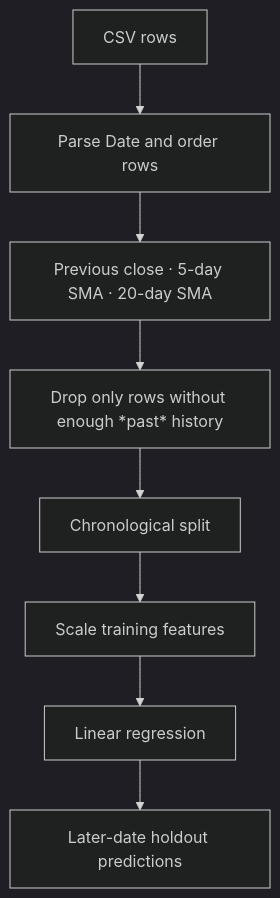
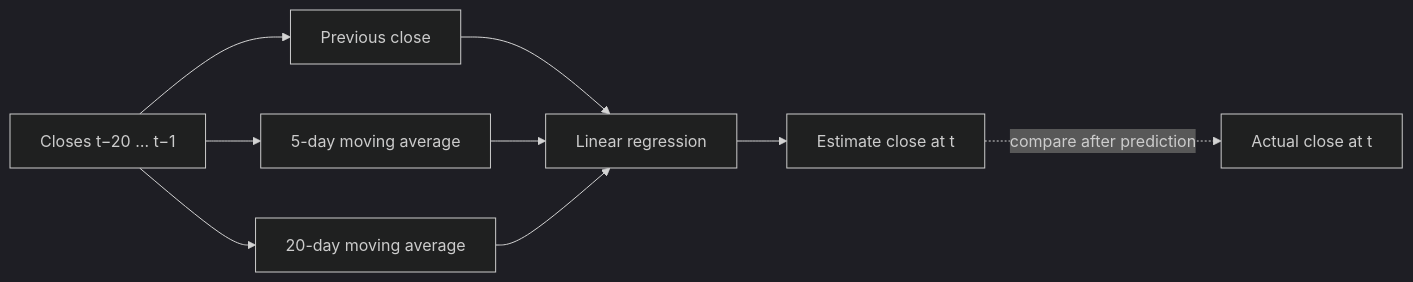
One commit to CHAITANYA-2002/machine-learning-projects changed the second of 4 diagrams in 10-nifty-price-analysis/README.md. Above: the diagram before and after it, drawn with Mermaid (dark theme). The commit also changed other lines of this file and 109 other files, not shown here.

````diff
--- a/10-nifty-price-analysis/README.md
+++ b/10-nifty-price-analysis/README.md
@@ -48,10 +52,11 @@
 ```mermaid
-flowchart TB
-    A[CSV rows] --> B[Parse Date and order rows]
-    B --> C[Previous close · 5-day SMA · 20-day SMA]
-    C --> D[Drop only rows without enough *past* history]
-    D --> E[Chronological split]
-    E --> F[Scale training features]
-    F --> G[Linear regression]
-    G --> H[Later-date holdout predictions]
+flowchart LR
+    P[Closes t−20 … t−1] --> L[Previous close]
+    P --> S5[5-day moving average]
+    P --> S20[20-day moving average]
+    L --> M[Linear regression]
+    S5 --> M
+    S20 --> M
+    M --> T[Estimate close at t]
+    T -. compare after prediction .-> A[Actual close at t]
 ```
````
